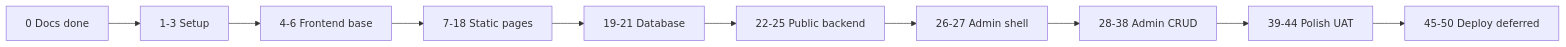
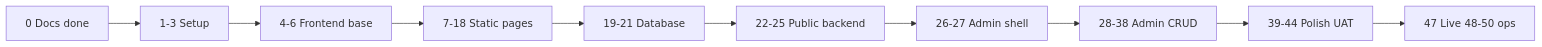
The diagram in docs/ROADMAP.md (ApondoErnest/Nacho-site), drawn with Mermaid before and after one commit. The commit also changed other lines of this file and 7 other files, not shown here.

````diff
--- a/docs/ROADMAP.md
+++ b/docs/ROADMAP.md
@@ -17,14 +17,14 @@
 ```mermaid
 flowchart LR
   S0[0 Docs done]
   S1[1-3 Setup]
   S2[4-6 Frontend base]
   S3[7-18 Static pages]
   S4[19-21 Database]
   S5[22-25 Public backend]
   S6[26-27 Admin shell]
   S7[28-38 Admin CRUD]
   S8[39-44 Polish UAT]
-  S9[45-50 Deploy deferred]
+  S9[47 Live 48-50 ops]
   S0 --> S1 --> S2 --> S3 --> S4 --> S5 --> S6 --> S7 --> S8 --> S9
 ```
````
